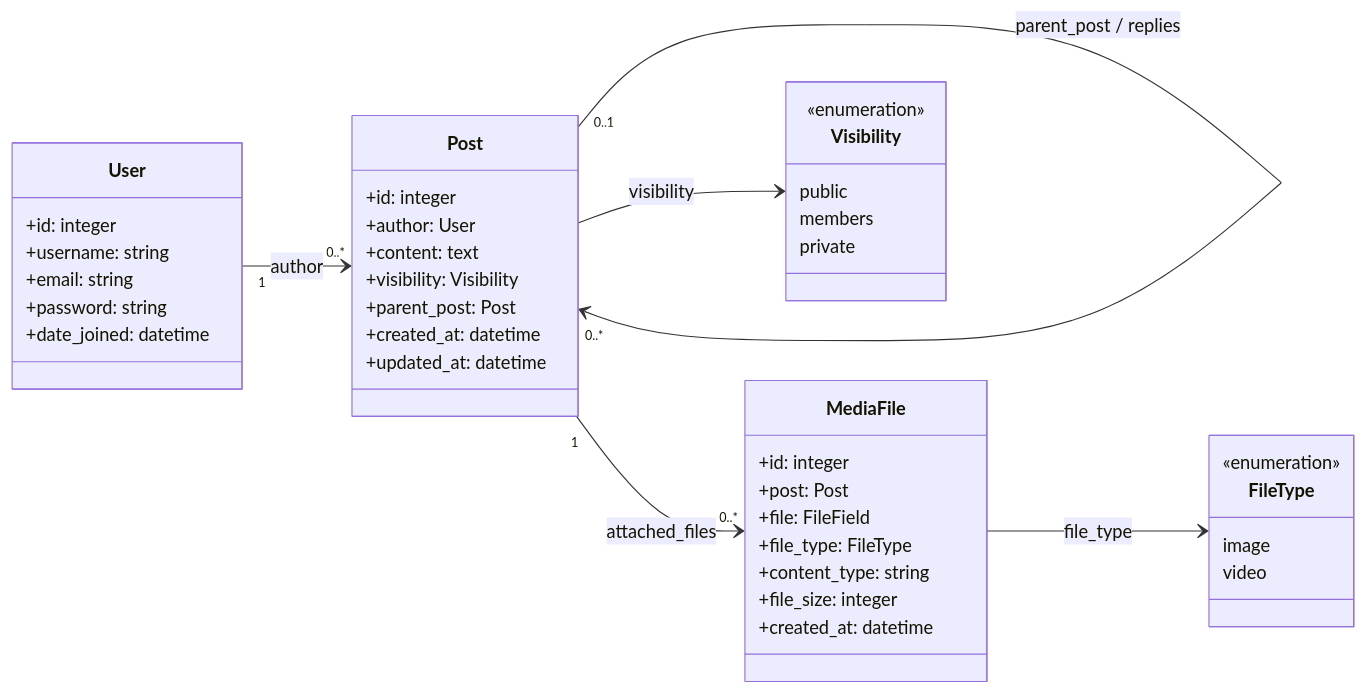
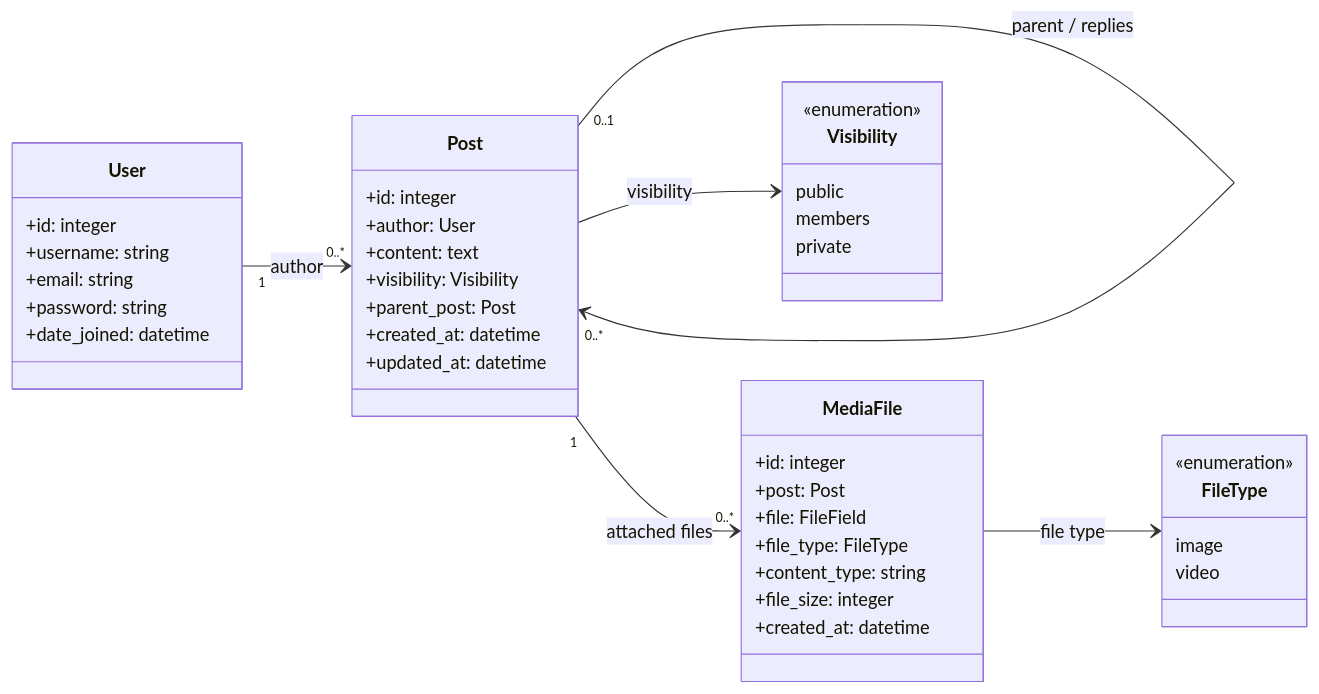
Before and after one commit to IsaacToDv/FraterChrist: the second of 2 diagrams in README.md, drawn with Mermaid. The commit also changed other lines of this file, not shown here.

Commit message:
docs: enhance README navigation, visual identity and roadmap

```diff
--- a/README.md
+++ b/README.md
@@ -91,51 +97,51 @@
 ~~~mermaid
 classDiagram
     direction LR
 
     class User {
         +id: integer
         +username: string
         +email: string
         +password: string
         +date_joined: datetime
     }
 
     class Post {
         +id: integer
         +author: User
         +content: text
         +visibility: Visibility
         +parent_post: Post
         +created_at: datetime
         +updated_at: datetime
     }
 
     class MediaFile {
         +id: integer
         +post: Post
         +file: FileField
         +file_type: FileType
         +content_type: string
         +file_size: integer
         +created_at: datetime
     }
 
     class Visibility {
         <<enumeration>>
         public
         members
         private
     }
 
     class FileType {
         <<enumeration>>
         image
         video
     }
 
     User "1" --> "0..*" Post : author
-    Post "0..1" --> "0..*" Post : parent_post / replies
-    Post "1" --> "0..*" MediaFile : attached_files
+    Post "0..1" --> "0..*" Post : parent / replies
+    Post "1" --> "0..*" MediaFile : attached files
     Post --> Visibility : visibility
-    MediaFile --> FileType : file_type
+    MediaFile --> FileType : file type
 ~~~
```
